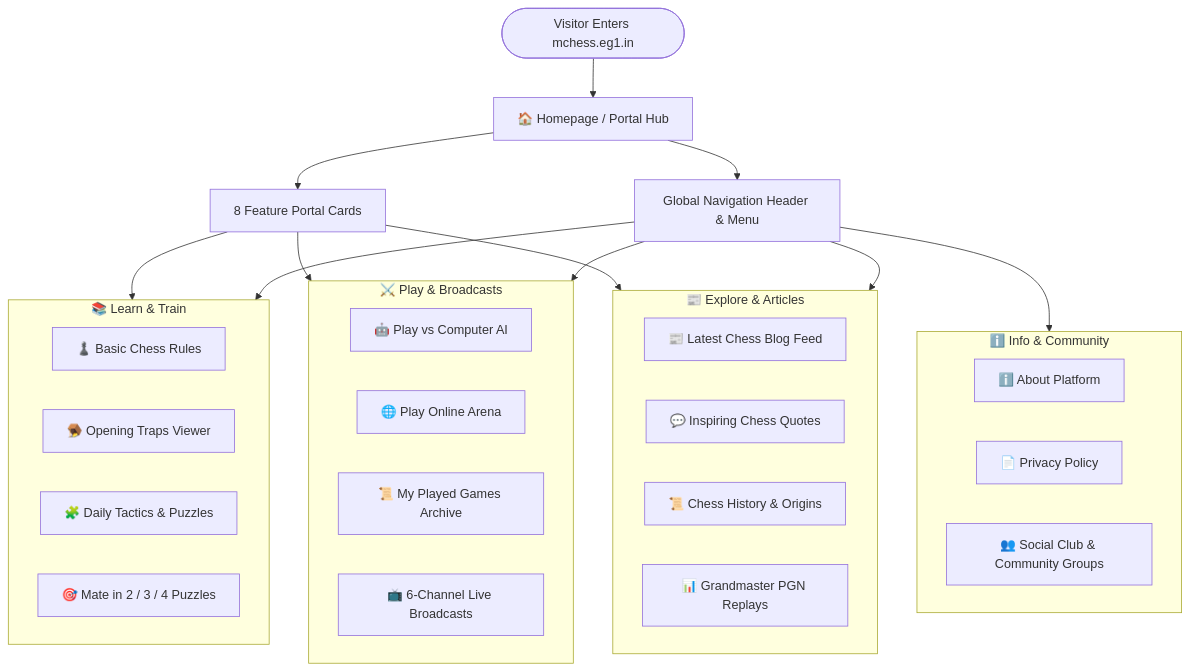
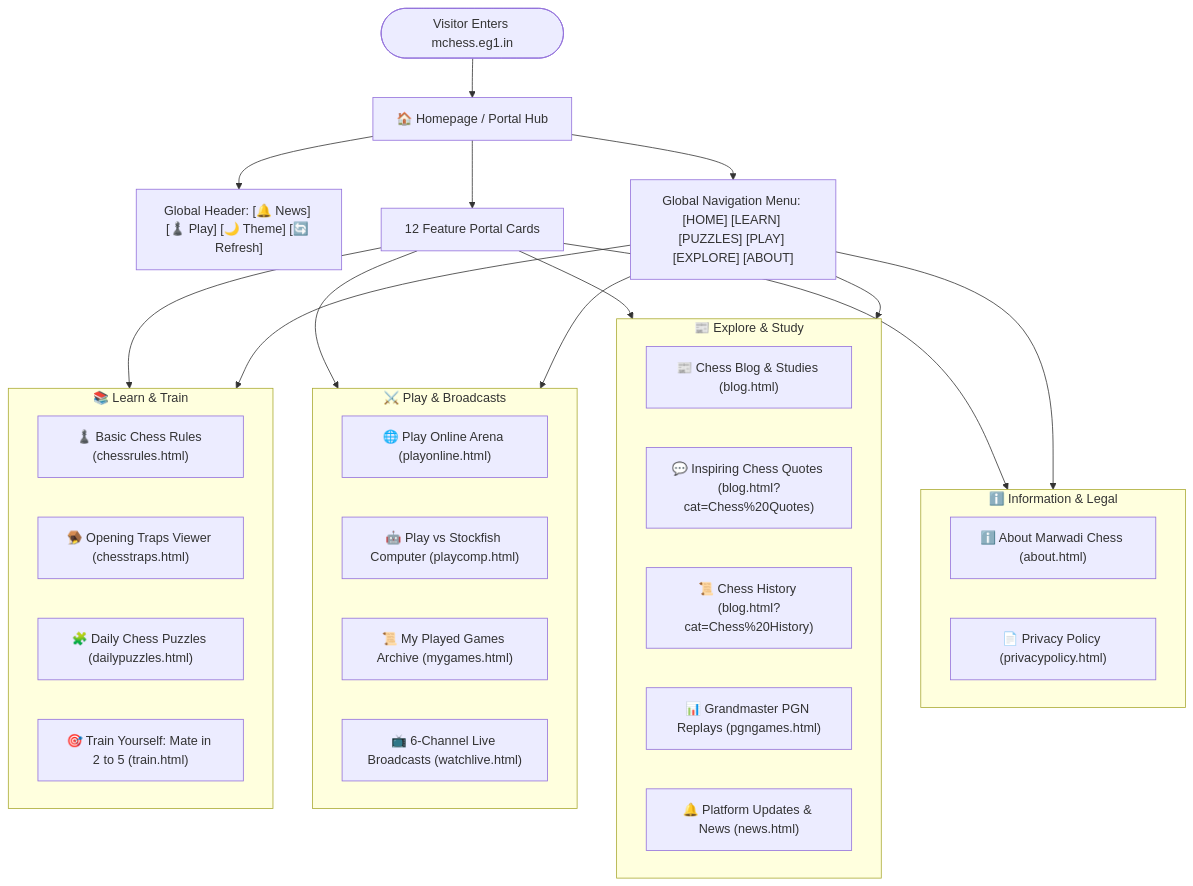
The diagram in README.md (EG1DOTIN/mchess.eg1.in), drawn with Mermaid before and after one commit. The commit also changed other lines of this file and 8 other files, not shown here.

First line of the commit message:
fix: bump to v3.6.3 (playcomp black auto-start, p2p move recovery, homepage cards clamp, and 1-click refresh)

````diff
--- a/README.md
+++ b/README.md
@@ -30,43 +32,45 @@
 ```mermaid
 flowchart TD
     Start(["Visitor Enters mchess.eg1.in"]) --> Home["🏠 Homepage / Portal Hub"]
 
-    Home --> NavMenu["Global Navigation Header & Menu"]
-    Home --> QuickCards["8 Feature Portal Cards"]
+    Home --> HeaderBar["Global Header: [🔔 News] [♟️ Play] [🌙 Theme] [🔄 Refresh]"]
+    Home --> NavMenu["Global Navigation Menu: [HOME] [LEARN] [PUZZLES] [PLAY] [EXPLORE] [ABOUT]"]
+    Home --> FeatureCards["12 Feature Portal Cards"]
 
     subgraph Learn_And_Train ["📚 Learn & Train"]
-        Rules["♟️ Basic Chess Rules"]
-        Traps["🪤 Opening Traps Viewer"]
-        Puzzles["🧩 Daily Tactics & Puzzles"]
-        MatePuzzles["🎯 Mate in 2 / 3 / 4 Puzzles"]
+        Rules["♟️ Basic Chess Rules (chessrules.html)"]
+        Traps["🪤 Opening Traps Viewer (chesstraps.html)"]
+        DailyPuzzles["🧩 Daily Chess Puzzles (dailypuzzles.html)"]
+        TacticsTrain["🎯 Train Yourself: Mate in 2 to 5 (train.html)"]
     end
 
     subgraph Play_And_Watch ["⚔️ Play & Broadcasts"]
-        PlayComp["🤖 Play vs Computer AI"]
-        PlayOnline["🌐 Play Online Arena"]
-        MyGames["📜 My Played Games Archive"]
-        WatchLive["📺 6-Channel Live Broadcasts"]
+        PlayOnline["🌐 Play Online Arena (playonline.html)"]
+        PlayComp["🤖 Play vs Stockfish Computer (playcomp.html)"]
+        MyGames["📜 My Played Games Archive (mygames.html)"]
+        WatchLive["📺 6-Channel Live Broadcasts (watchlive.html)"]
     end
 
-    subgraph Explore_And_Read ["📰 Explore & Articles"]
-        Blog["📰 Latest Chess Blog Feed"]
-        Quotes["💬 Inspiring Chess Quotes"]
-        History["📜 Chess History & Origins"]
-        PGN["📊 Grandmaster PGN Replays"]
+    subgraph Explore_And_Read ["📰 Explore & Study"]
+        Blog["📰 Chess Blog & Studies (blog.html)"]
+        Quotes["💬 Inspiring Chess Quotes (blog.html?cat=Chess%20Quotes)"]
+        History["📜 Chess History (blog.html?cat=Chess%20History)"]
+        PGN["📊 Grandmaster PGN Replays (pgngames.html)"]
+        News["🔔 Platform Updates & News (news.html)"]
     end
 
-    subgraph Info_And_Community ["ℹ️ Info & Community"]
-        About["ℹ️ About Platform"]
-        Privacy["📄 Privacy Policy"]
-        Social["👥 Social Club & Community Groups"]
+    subgraph Info_And_Community ["ℹ️ Information & Legal"]
+        About["ℹ️ About Marwadi Chess (about.html)"]
+        Privacy["📄 Privacy Policy (privacypolicy.html)"]
     end
 
-    QuickCards --> Learn_And_Train
-    QuickCards --> Play_And_Watch
-    QuickCards --> Explore_And_Read
+    FeatureCards --> Learn_And_Train
+    FeatureCards --> Play_And_Watch
+    FeatureCards --> Explore_And_Read
+    FeatureCards --> Info_And_Community
 
     NavMenu --> Learn_And_Train
     NavMenu --> Play_And_Watch
     NavMenu --> Explore_And_Read
     NavMenu --> Info_And_Community
 ```
````
